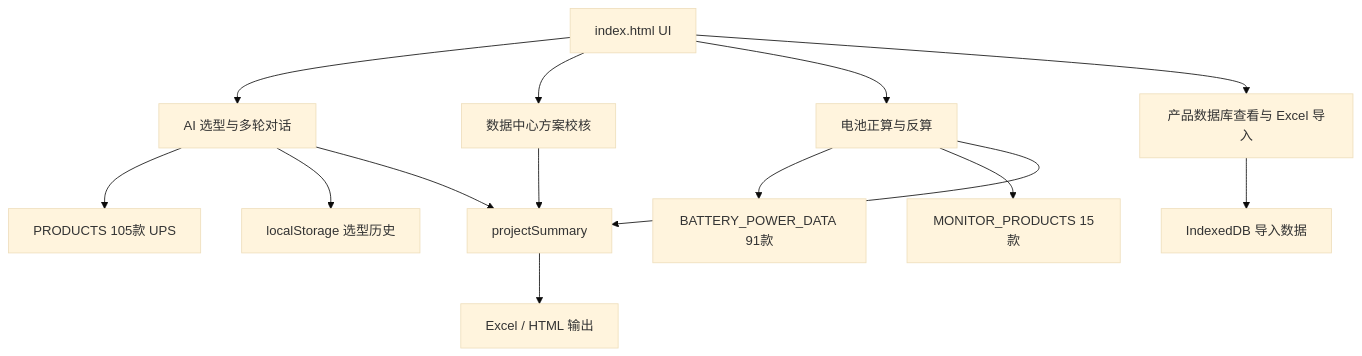
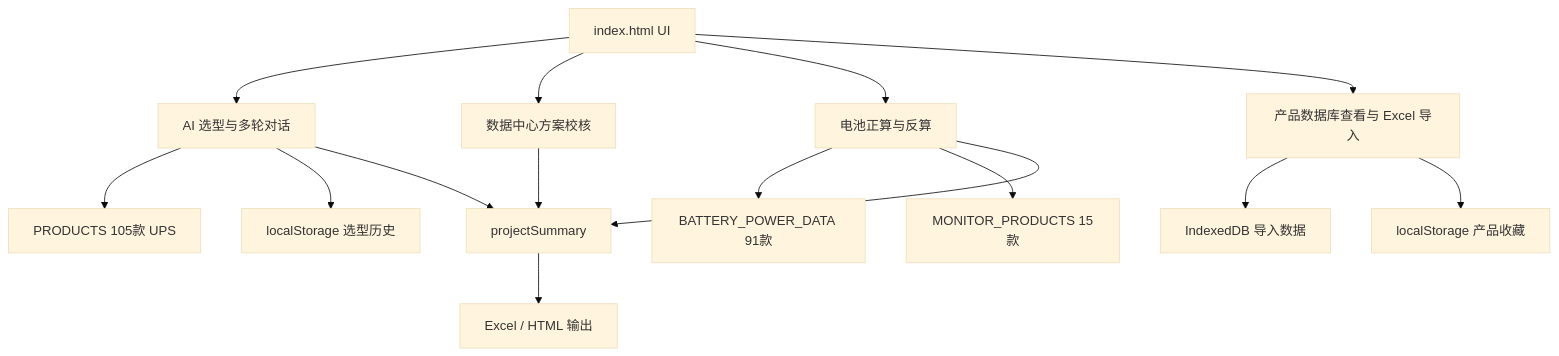
One commit to xiaochuan1989/-UPS-Selector changed the diagram in UPS选型助手_开发文档.md. Above: the diagram before and after it, drawn with Mermaid (base theme). The commit also changed other lines of this file and 6 other files, not shown here.

````diff
--- a/UPS选型助手_开发文档.md
+++ b/UPS选型助手_开发文档.md
@@ -70,16 +70,17 @@
 ```mermaid
 flowchart TD
     UI["index.html UI"] --> AI["AI 选型与多轮对话"]
     UI --> DC["数据中心方案校核"]
     UI --> BAT["电池正算与反算"]
     UI --> DB["产品数据库查看与 Excel 导入"]
     AI --> PRODUCTS["PRODUCTS 105款 UPS"]
     BAT --> POWER["BATTERY_POWER_DATA 91款"]
     BAT --> MONITOR["MONITOR_PRODUCTS 15款"]
     DB --> IDB["IndexedDB 导入数据"]
+    DB --> FAVORITES["localStorage 产品收藏"]
     AI --> HISTORY["localStorage 选型历史"]
     DC --> SUMMARY["projectSummary"]
     BAT --> SUMMARY
     AI --> SUMMARY
     SUMMARY --> EXPORT["Excel / HTML 输出"]
 ```
````
